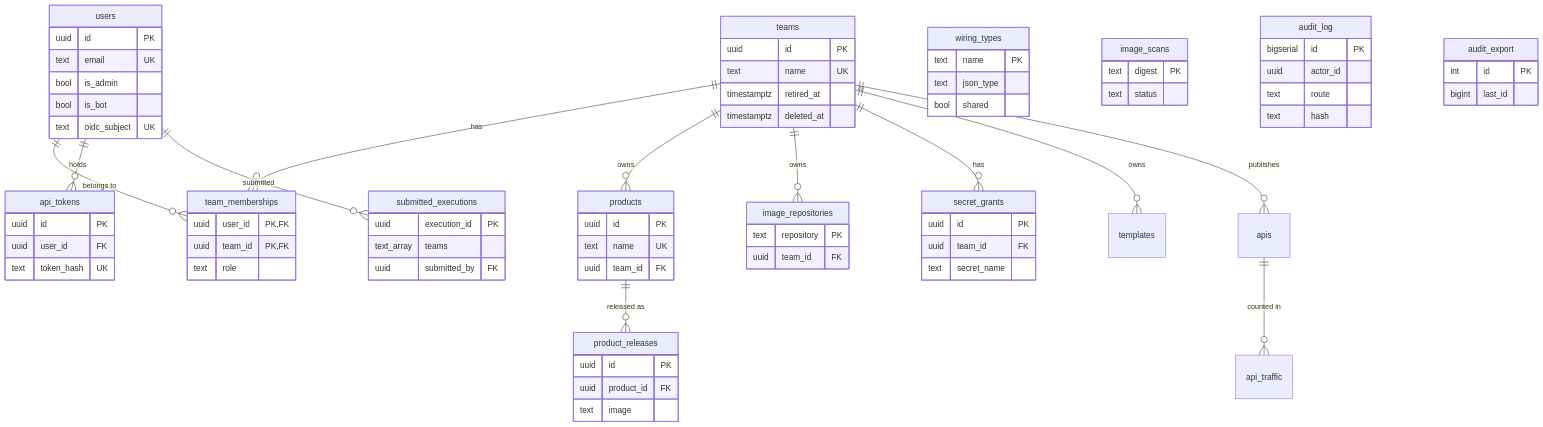
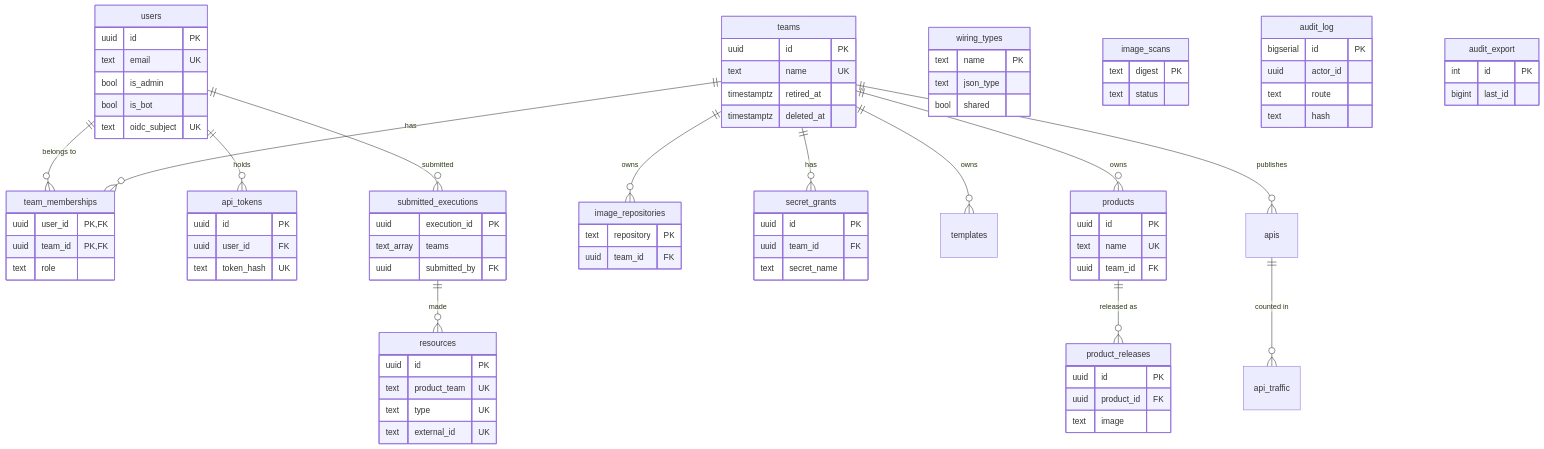
One commit to rburns629/vertra changed the third of 3 diagrams in console/docs/06-database-schemas.md. Above: the diagram before and after it, drawn with Mermaid. The commit also changed other lines of this file and 61 other files, not shown here.

````diff
--- a/console/docs/06-database-schemas.md
+++ b/console/docs/06-database-schemas.md
@@ -263,4 +263,11 @@
     text_array teams
     uuid submitted_by FK
   }
+  submitted_executions ||--o{ resources : "made"
+  resources {
+    uuid id PK
+    text product_team UK
+    text type UK
+    text external_id UK
+  }
 ```
````
